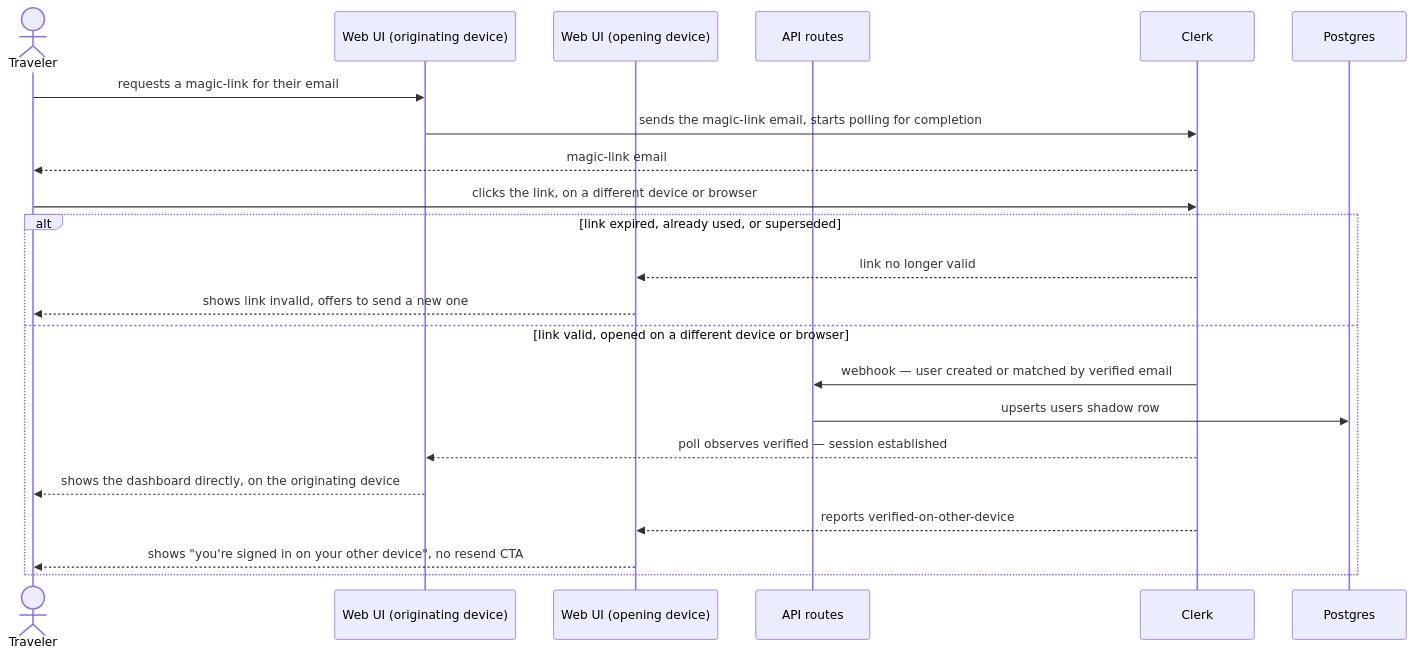
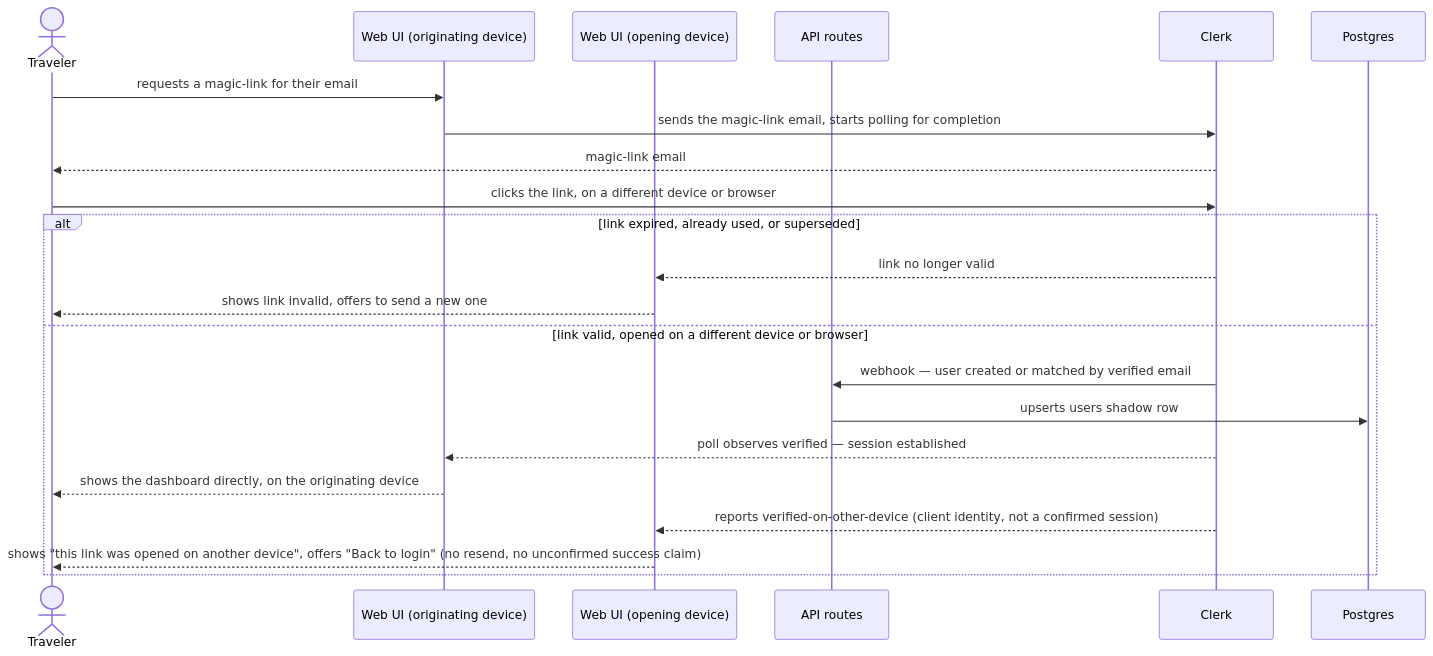
One commit to AntonSkybytskyi/daysleft changed the fifth of 9 diagrams in docs/features/auth-user-plus-dashboard/sad.md. Above: the diagram before and after it, drawn with Mermaid. The commit also changed other lines of this file and 8 other files, not shown here.

````diff
--- a/docs/features/auth-user-plus-dashboard/sad.md
+++ b/docs/features/auth-user-plus-dashboard/sad.md
@@ -194,25 +198,25 @@
 ```mermaid
 sequenceDiagram
     actor Traveler
     participant Web UI (originating device)
     participant Web UI (opening device)
     participant API routes
     participant Clerk
     participant Postgres
 
     Traveler->>Web UI (originating device): requests a magic-link for their email
     Web UI (originating device)->>Clerk: sends the magic-link email, starts polling for completion
     Clerk-->>Traveler: magic-link email
     Traveler->>Clerk: clicks the link, on a different device or browser
     alt link expired, already used, or superseded
         Clerk-->>Web UI (opening device): link no longer valid
         Web UI (opening device)-->>Traveler: shows link invalid, offers to send a new one
     else link valid, opened on a different device or browser
         Clerk->>API routes: webhook — user created or matched by verified email
         API routes->>Postgres: upserts users shadow row
         Clerk-->>Web UI (originating device): poll observes verified — session established
         Web UI (originating device)-->>Traveler: shows the dashboard directly, on the originating device
-        Clerk-->>Web UI (opening device): reports verified-on-other-device
-        Web UI (opening device)-->>Traveler: shows "you're signed in on your other device", no resend CTA
+        Clerk-->>Web UI (opening device): reports verified-on-other-device (client identity, not a confirmed session)
+        Web UI (opening device)-->>Traveler: shows "this link was opened on another device", offers "Back to login" (no resend, no unconfirmed success claim)
     end
 ```
````
